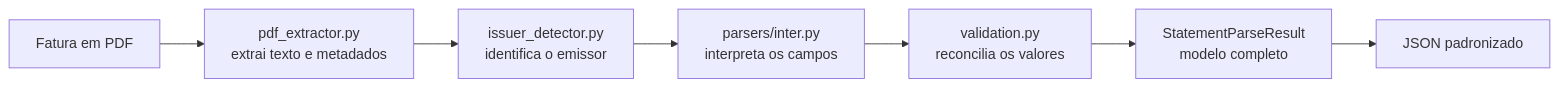
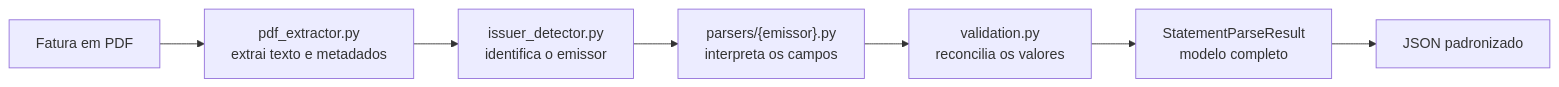
The diagram in README.md (cranzss/importaFatura), drawn with Mermaid before and after one commit. The commit also changed other lines of this file and 15 other files, not shown here.

````diff
--- a/README.md
+++ b/README.md
@@ -30,9 +35,9 @@
 ```mermaid
 flowchart LR
     PDF["Fatura em PDF"] --> EXTRACT["pdf_extractor.py<br/>extrai texto e metadados"]
     EXTRACT --> DETECT["issuer_detector.py<br/>identifica o emissor"]
-    DETECT --> PARSER["parsers/inter.py<br/>interpreta os campos"]
+    DETECT --> PARSER["parsers/{emissor}.py<br/>interpreta os campos"]
     PARSER --> VALIDATE["validation.py<br/>reconcilia os valores"]
     VALIDATE --> RESULT["StatementParseResult<br/>modelo completo"]
     RESULT --> JSON["JSON padronizado"]
 ```
````
